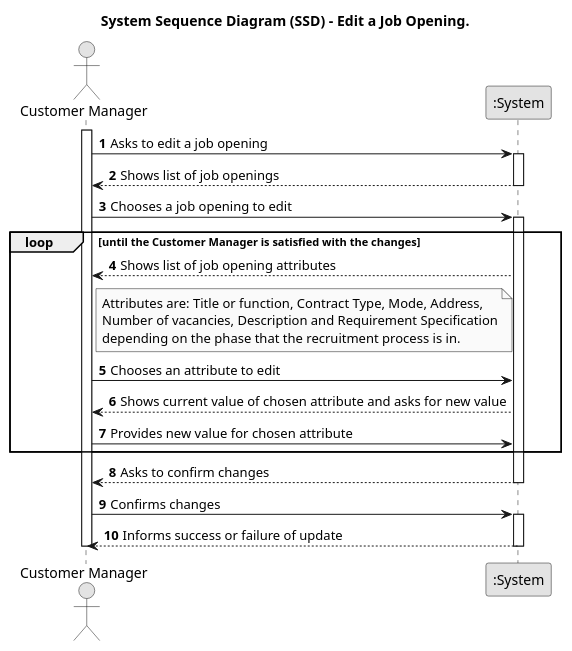
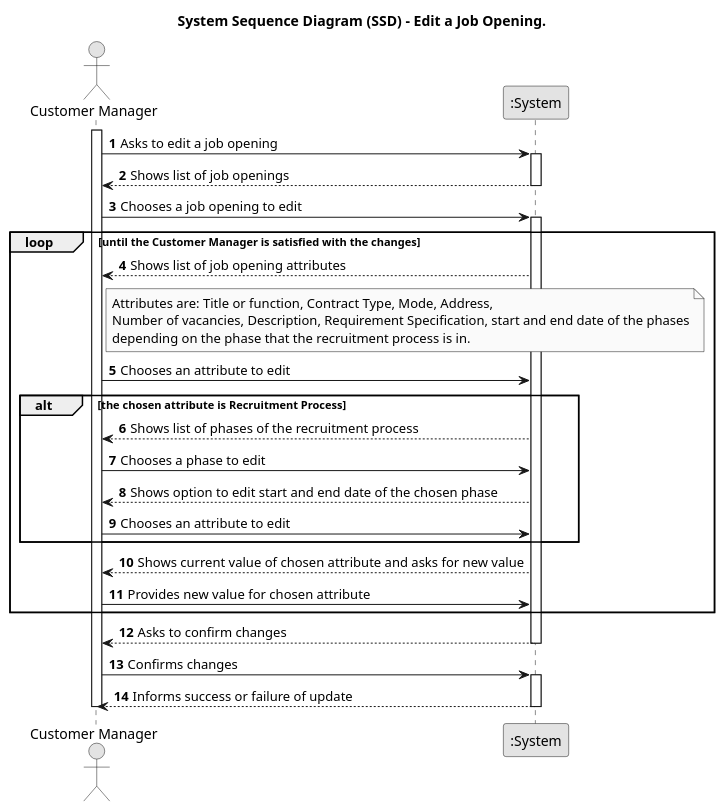
The diagram in docs/sprintc/us_1004/01.requirements-engineering/puml/SSD-US1004.puml (PureNimble/ISEP-LAPR4), drawn with PlantUML before and after one commit. The commit also changed 1 other file, not shown here.

```diff
--- a/docs/sprintc/us_1004/01.requirements-engineering/puml/SSD-US1004.puml
+++ b/docs/sprintc/us_1004/01.requirements-engineering/puml/SSD-US1004.puml
@@ -1,48 +1,55 @@
 @startuml SSD-US1004
 
 skinparam monochrome true
 skinparam packageStyle rectangle
 skinparam shadowing false
 
 title System Sequence Diagram (SSD) - Edit a Job Opening.
 
 autonumber
 
 actor "Customer Manager" as CustomerManager
 participant ":System" as System
 
 activate CustomerManager
 
 CustomerManager -> System : Asks to edit a job opening
 activate System
 
 System --> CustomerManager : Shows list of job openings
 deactivate System
 
 CustomerManager -> System : Chooses a job opening to edit
 activate System
 
 loop until the Customer Manager is satisfied with the changes
     System --> CustomerManager : Shows list of job opening attributes
 
-    note right of CustomerManager : Attributes are: Title or function, Contract Type, Mode, Address,\nNumber of vacancies, Description and Requirement Specification\ndepending on the phase that the recruitment process is in.
+    note right of CustomerManager : Attributes are: Title or function, Contract Type, Mode, Address,\nNumber of vacancies, Description, Requirement Specification, start and end date of the phases\ndepending on the phase that the recruitment process is in.
 
     CustomerManager -> System : Chooses an attribute to edit
 
+    alt the chosen attribute is Recruitment Process
+        System --> CustomerManager : Shows list of phases of the recruitment process
+        CustomerManager -> System : Chooses a phase to edit
+        System --> CustomerManager : Shows option to edit start and end date of the chosen phase
+        CustomerManager -> System : Chooses an attribute to edit
+    end
+    
     System --> CustomerManager : Shows current value of chosen attribute and asks for new value
 
     CustomerManager -> System : Provides new value for chosen attribute
 end
 
 System --> CustomerManager : Asks to confirm changes
 deactivate System
 
 CustomerManager -> System : Confirms changes
 activate System
 
 System --> CustomerManager : Informs success or failure of update
 deactivate System
 
 deactivate CustomerManager
 
 @enduml
```
